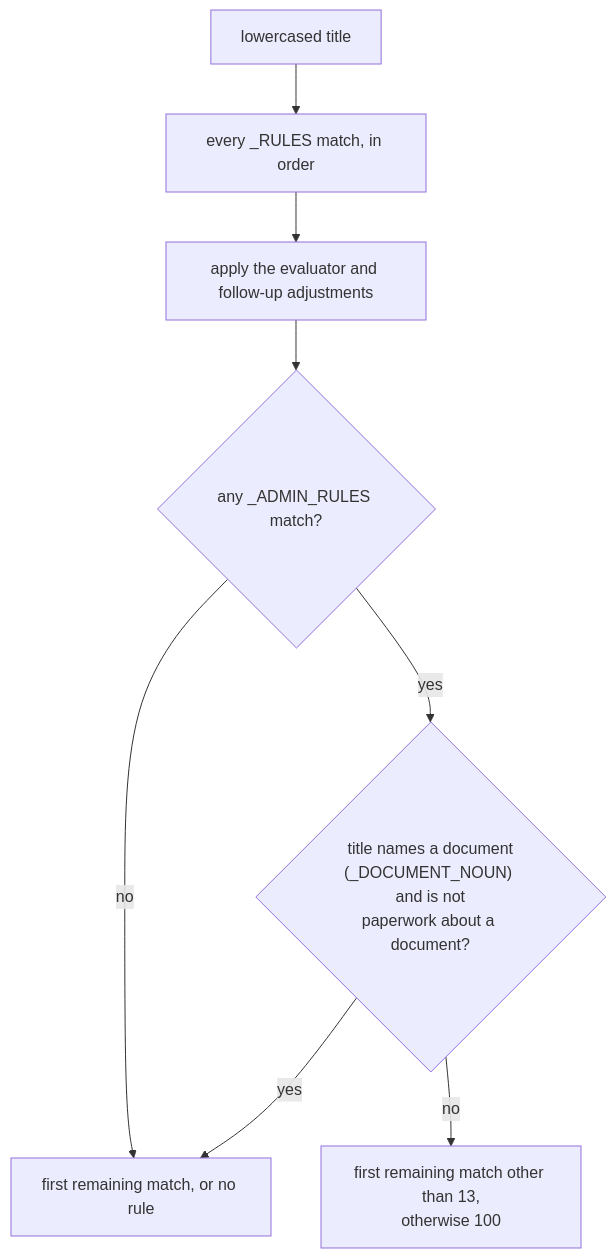
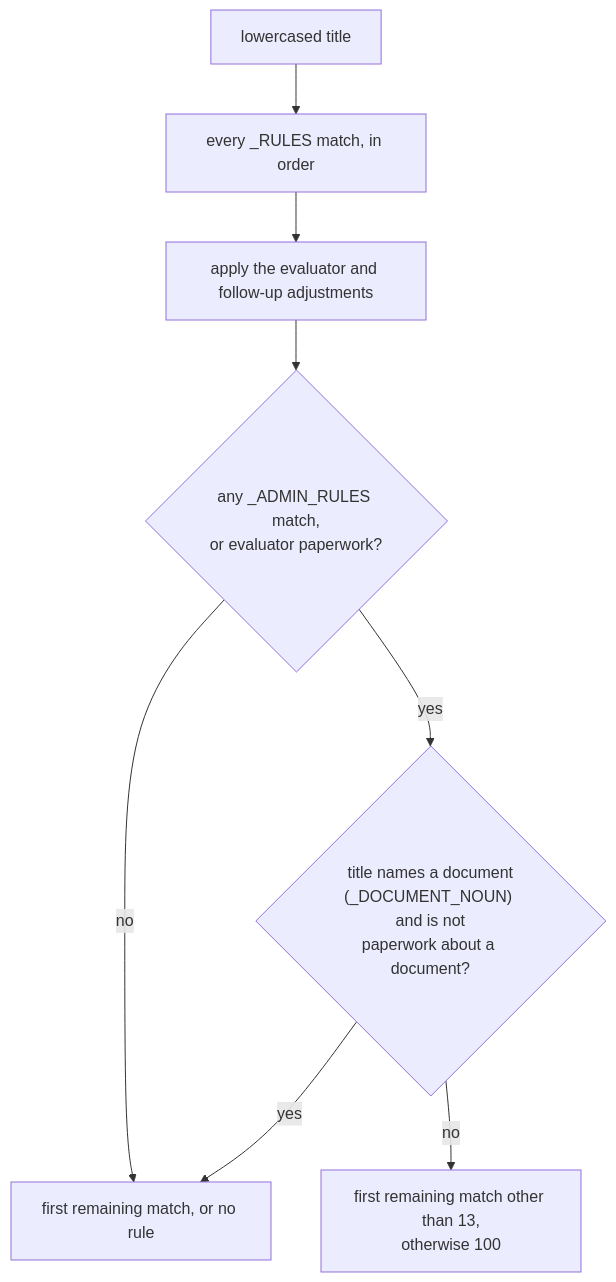
One commit to gesco-healthcare-support/ai-medical-record-review changed the second of 3 diagrams in docs/explanation/categorization.md. Above: the diagram before and after it, drawn with Mermaid. The commit also changed other lines of this file and 2 other files, not shown here.

````diff
--- a/docs/explanation/categorization.md
+++ b/docs/explanation/categorization.md
@@ -154,10 +173,10 @@
 ```mermaid
 flowchart TD
     A["lowercased title"] --> B["every _RULES match, in order"]
     B --> C["apply the evaluator and follow-up adjustments"]
-    C --> D{"any _ADMIN_RULES match?"}
+    C --> D{"any _ADMIN_RULES match,<br/>or evaluator paperwork?"}
     D -->|no| F["first remaining match, or no rule"]
     D -->|yes| E{"title names a document<br/>(_DOCUMENT_NOUN) and is not<br/>paperwork about a document?"}
     E -->|yes| F
     E -->|no| G["first remaining match other than 13,<br/>otherwise 100"]
 ```
````
